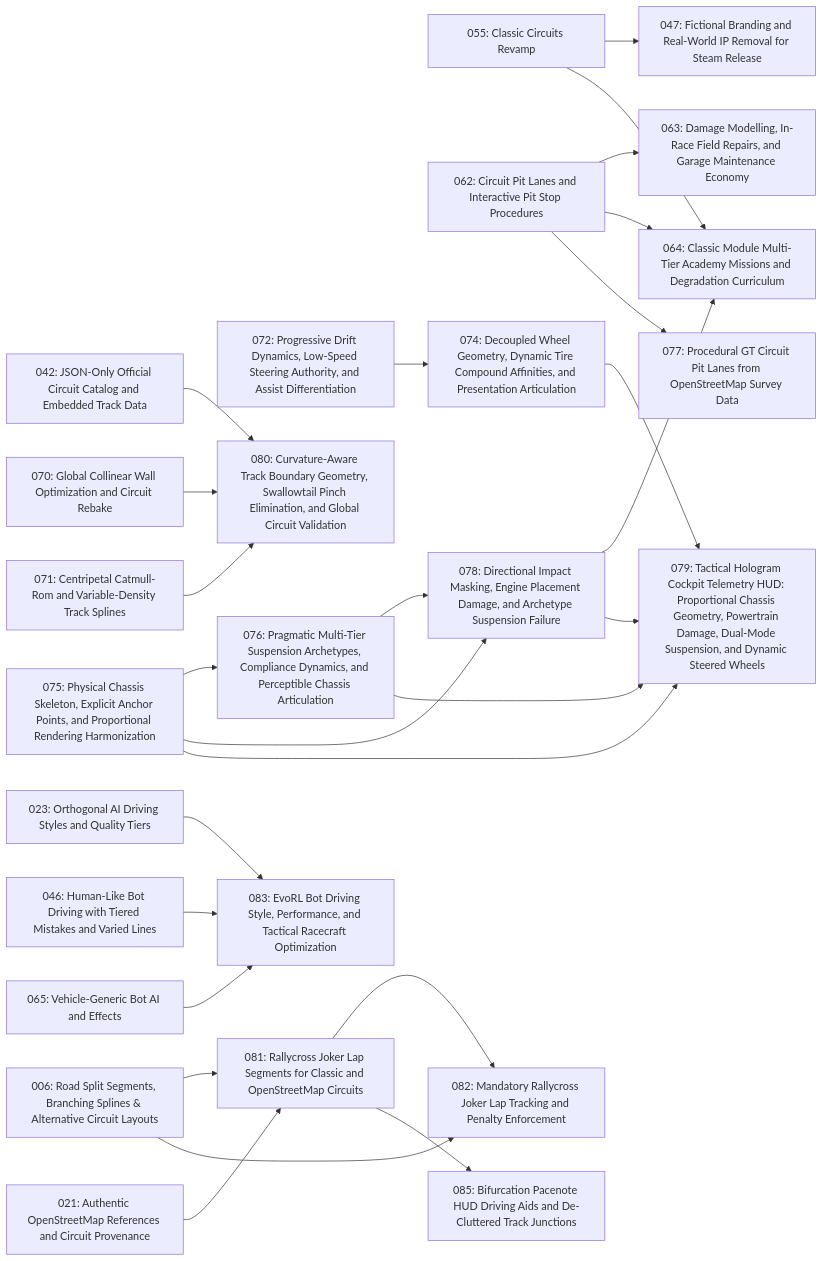
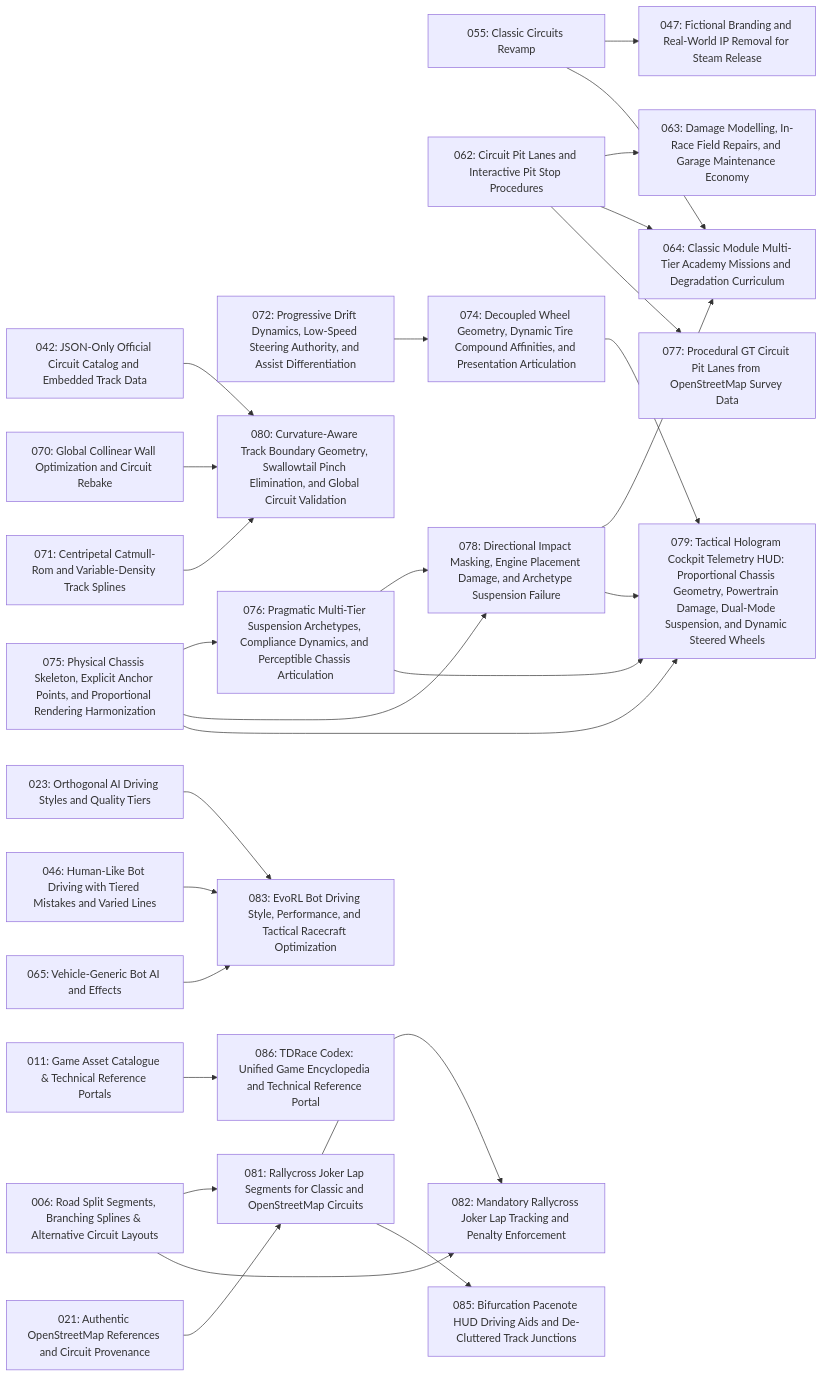
One commit to magomar/tdrace changed the diagram in specs/index.md. Above: the diagram before and after it, drawn with Mermaid. The commit also changed other lines of this file and 2 other files, not shown here.

Commit message:
docs(spec): draft spec 086 TDRace Codex proposal
Sweep of portals, game data and game systems. The showroom data is
stale (124 of 129 cars, 12 of 15 surfaces) and partly re-computed in
Python. The spec proposes a Rust exporter, a freshness test and a
Codex site with Showroom, Technical, Driving and Racing sections.
Files three game-data bugs found in the sweep.

````diff
--- a/specs/index.md
+++ b/specs/index.md
@@ -112,53 +113,56 @@
 ```mermaid
 flowchart LR
     006["006: Road Split Segments, Branching Splines & Alternative Circuit Layouts"]
+    011["011: Game Asset Catalogue & Technical Reference Portals"]
     021["021: Authentic OpenStreetMap References and Circuit Provenance"]
     023["023: Orthogonal AI Driving Styles and Quality Tiers"]
     042["042: JSON-Only Official Circuit Catalog and Embedded Track Data"]
     046["046: Human-Like Bot Driving with Tiered Mistakes and Varied Lines"]
     047["047: Fictional Branding and Real-World IP Removal for Steam Release"]
     055["055: Classic Circuits Revamp"]
     062["062: Circuit Pit Lanes and Interactive Pit Stop Procedures"]
     063["063: Damage Modelling, In-Race Field Repairs, and Garage Maintenance Economy"]
     064["064: Classic Module Multi-Tier Academy Missions and Degradation Curriculum"]
     065["065: Vehicle-Generic Bot AI and Effects"]
     070["070: Global Collinear Wall Optimization and Circuit Rebake"]
     071["071: Centripetal Catmull-Rom and Variable-Density Track Splines"]
     072["072: Progressive Drift Dynamics, Low-Speed Steering Authority, and Assist Differentiation"]
     074["074: Decoupled Wheel Geometry, Dynamic Tire Compound Affinities, and Presentation Articulation"]
     075["075: Physical Chassis Skeleton, Explicit Anchor Points, and Proportional Rendering Harmonization"]
     076["076: Pragmatic Multi-Tier Suspension Archetypes, Compliance Dynamics, and Perceptible Chassis Articulation"]
     077["077: Procedural GT Circuit Pit Lanes from OpenStreetMap Survey Data"]
     078["078: Directional Impact Masking, Engine Placement Damage, and Archetype Suspension Failure"]
     079["079: Tactical Hologram Cockpit Telemetry HUD: Proportional Chassis Geometry, Powertrain Damage, Dual-Mode Suspension, and Dynamic Steered Wheels"]
     080["080: Curvature-Aware Track Boundary Geometry, Swallowtail Pinch Elimination, and Global Circuit Validation"]
     081["081: Rallycross Joker Lap Segments for Classic and OpenStreetMap Circuits"]
     082["082: Mandatory Rallycross Joker Lap Tracking and Penalty Enforcement"]
     083["083: EvoRL Bot Driving Style, Performance, and Tactical Racecraft Optimization"]
     085["085: Bifurcation Pacenote HUD Driving Aids and De-Cluttered Track Junctions"]
+    086["086: TDRace Codex: Unified Game Encyclopedia and Technical Reference Portal"]
     055 --> 047
     062 --> 063
     055 --> 064
     062 --> 064
     078 --> 064
     072 --> 074
     075 --> 076
     062 --> 077
     075 --> 078
     076 --> 078
     074 --> 079
     075 --> 079
     076 --> 079
     078 --> 079
     042 --> 080
     070 --> 080
     071 --> 080
     006 --> 081
     021 --> 081
     006 --> 082
     081 --> 082
     023 --> 083
     046 --> 083
     065 --> 083
     081 --> 085
+    011 --> 086
 ```
````
